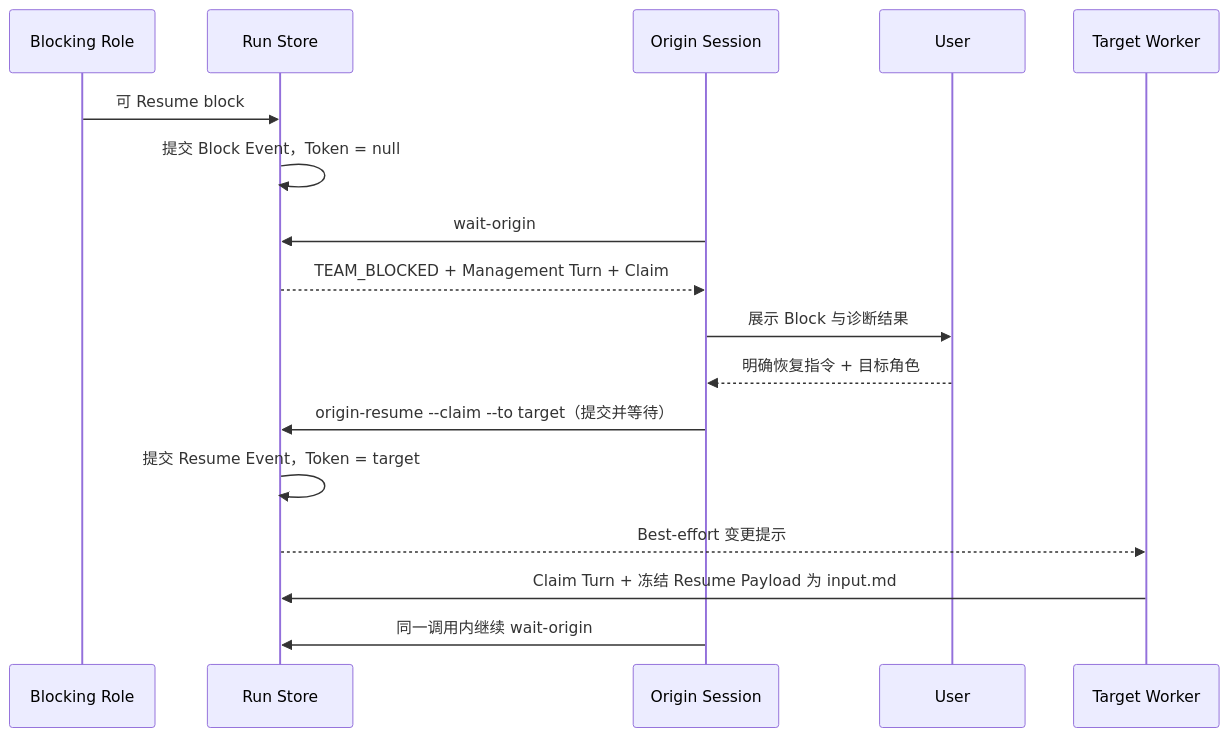
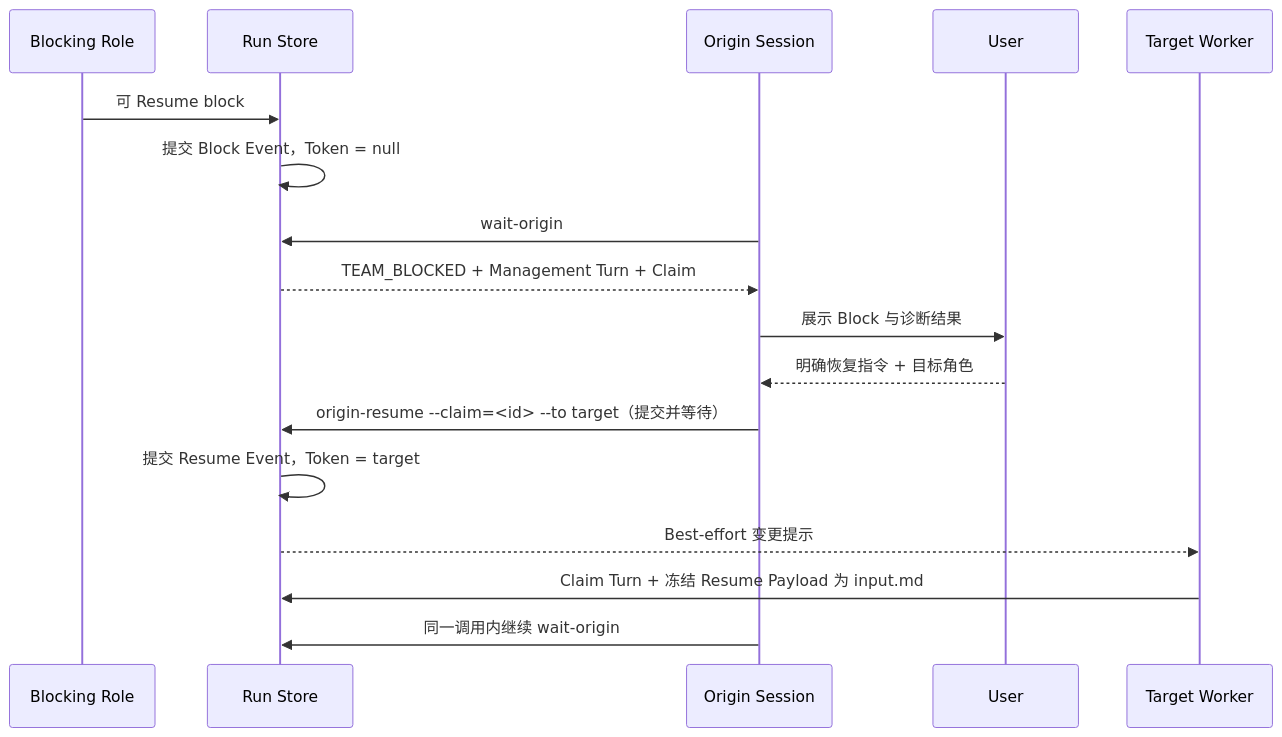
One commit to jicezeng/agent-team changed the eighth of 8 diagrams in agent-team_technical_design_v0.1.md. Above: the diagram before and after it, drawn with Mermaid. The commit also changed other lines of this file and 18 other files, not shown here.

````diff
--- a/agent-team_technical_design_v0.1.md
+++ b/agent-team_technical_design_v0.1.md
@@ -3338,20 +3353,20 @@
 ```mermaid
 sequenceDiagram
     participant R as Blocking Role
     participant S as Run Store
     participant O as Origin Session
     participant U as User
     participant W as Target Worker
 
     R->>S: 可 Resume block
     S->>S: 提交 Block Event，Token = null
     O->>S: wait-origin
     S-->>O: TEAM_BLOCKED + Management Turn + Claim
     O->>U: 展示 Block 与诊断结果
     U-->>O: 明确恢复指令 + 目标角色
-    O->>S: origin-resume --claim --to target（提交并等待）
+    O->>S: origin-resume --claim=<id> --to target（提交并等待）
     S->>S: 提交 Resume Event，Token = target
     S-->>W: Best-effort 变更提示
     W->>S: Claim Turn + 冻结 Resume Payload 为 input.md
     O->>S: 同一调用内继续 wait-origin
 ```
````
